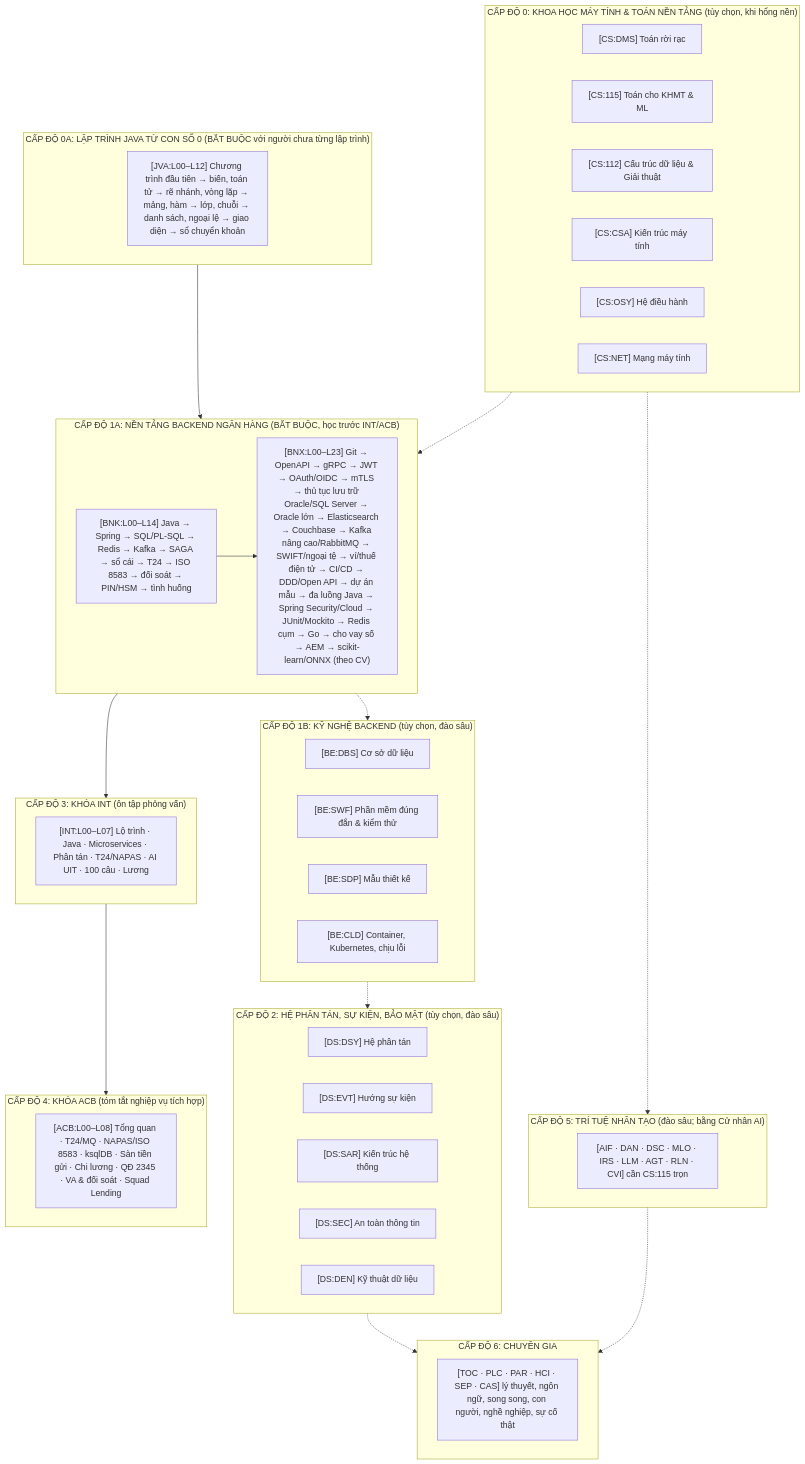
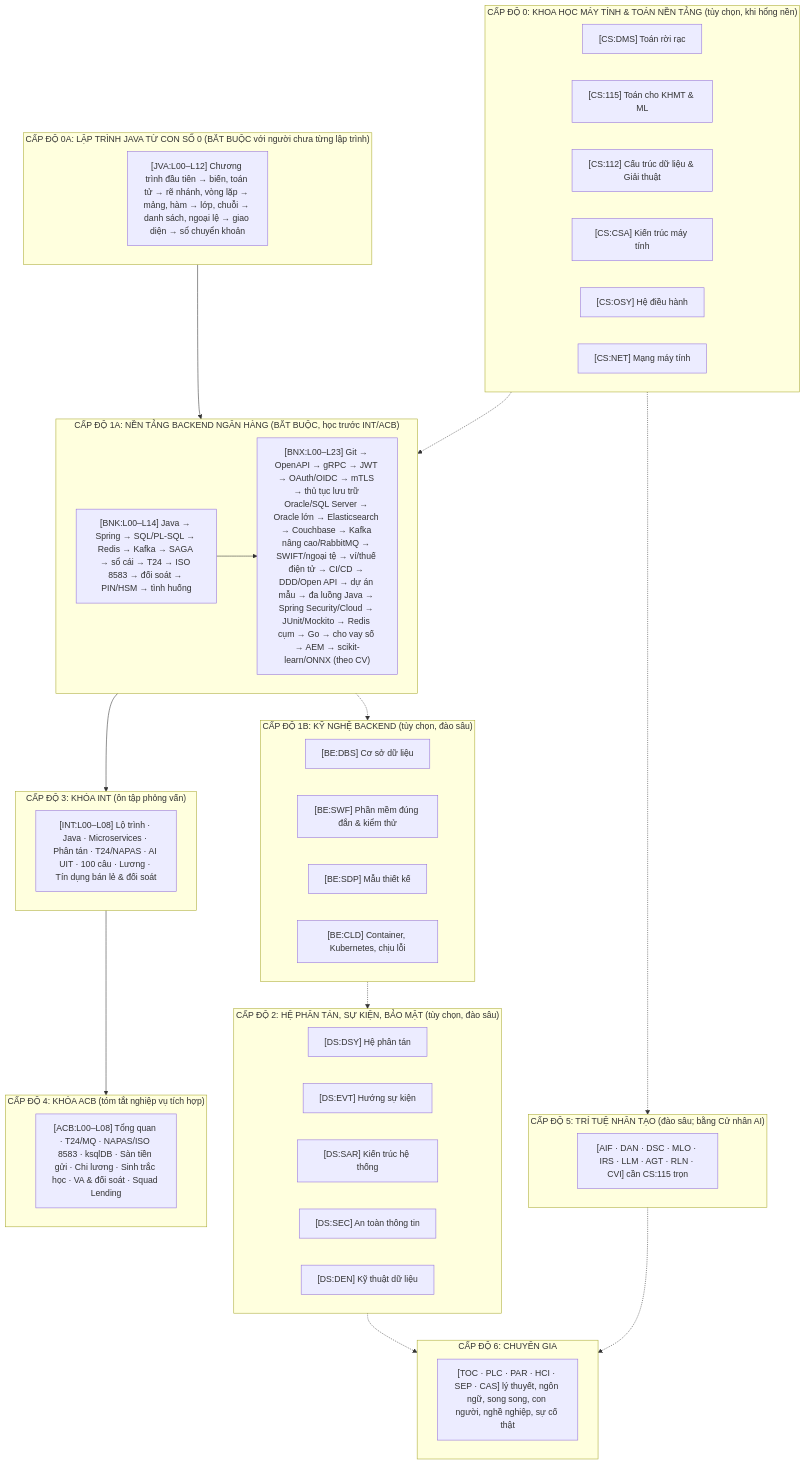
Before and after one commit to ducpm196/research-video: the diagram in interview/MASTER_CURRICULUM_INDEX.md, drawn with Mermaid. The commit also changed other lines of this file and 1651 other files, not shown here.

````diff
--- a/interview/MASTER_CURRICULUM_INDEX.md
+++ b/interview/MASTER_CURRICULUM_INDEX.md
@@ -14,51 +14,51 @@
 ```mermaid
 flowchart TD
     subgraph L0["CẤP ĐỘ 0: KHOA HỌC MÁY TÍNH & TOÁN NỀN TẢNG (tùy chọn, khi hổng nền)"]
         CS_DMS["[CS:DMS] Toán rời rạc"]
         CS_115["[CS:115] Toán cho KHMT & ML"]
         CS_112["[CS:112] Cấu trúc dữ liệu & Giải thuật"]
         CS_CSA["[CS:CSA] Kiến trúc máy tính"]
         CS_OSY["[CS:OSY] Hệ điều hành"]
         CS_NET["[CS:NET] Mạng máy tính"]
     end
     subgraph LJ["CẤP ĐỘ 0A: LẬP TRÌNH JAVA TỪ CON SỐ 0 (BẮT BUỘC với người chưa từng lập trình)"]
         JVA["[JVA:L00–L12] Chương trình đầu tiên → biến, toán tử → rẽ nhánh, vòng lặp → mảng, hàm → lớp, chuỗi → danh sách, ngoại lệ → giao diện → sổ chuyển khoản"]
     end
     subgraph LB["CẤP ĐỘ 1A: NỀN TẢNG BACKEND NGÂN HÀNG (BẮT BUỘC, học trước INT/ACB)"]
         BNK["[BNK:L00–L14] Java → Spring → SQL/PL-SQL → Redis → Kafka → SAGA → sổ cái → T24 → ISO 8583 → đối soát → PIN/HSM → tình huống"]
         BNX["[BNX:L00–L23] Git → OpenAPI → gRPC → JWT → OAuth/OIDC → mTLS → thủ tục lưu trữ Oracle/SQL Server → Oracle lớn → Elasticsearch → Couchbase → Kafka nâng cao/RabbitMQ → SWIFT/ngoại tệ → ví/thuế điện tử → CI/CD → DDD/Open API → dự án mẫu → đa luồng Java → Spring Security/Cloud → JUnit/Mockito → Redis cụm → Go → cho vay số → AEM → scikit-learn/ONNX (theo CV)"]
         BNK --> BNX
     end
     subgraph L5["CẤP ĐỘ 5: TRÍ TUỆ NHÂN TẠO (đào sâu; bằng Cử nhân AI)"]
         AI["[AIF · DAN · DSC · MLO · IRS · LLM · AGT · RLN · CVI] cần CS:115 trọn"]
     end
     subgraph L6["CẤP ĐỘ 6: CHUYÊN GIA"]
         EXP["[TOC · PLC · PAR · HCI · SEP · CAS] lý thuyết, ngôn ngữ, song song, con người, nghề nghiệp, sự cố thật"]
     end
     subgraph L1["CẤP ĐỘ 1B: KỸ NGHỆ BACKEND (tùy chọn, đào sâu)"]
         BE_DBS["[BE:DBS] Cơ sở dữ liệu"]
         BE_SWF["[BE:SWF] Phần mềm đúng đắn & kiểm thử"]
         BE_SDP["[BE:SDP] Mẫu thiết kế"]
         BE_CLD["[BE:CLD] Container, Kubernetes, chịu lỗi"]
     end
     subgraph L2["CẤP ĐỘ 2: HỆ PHÂN TÁN, SỰ KIỆN, BẢO MẬT (tùy chọn, đào sâu)"]
         DS_DSY["[DS:DSY] Hệ phân tán"]
         DS_EVT["[DS:EVT] Hướng sự kiện"]
         DS_SAR["[DS:SAR] Kiến trúc hệ thống"]
         DS_SEC["[DS:SEC] An toàn thông tin"]
         DS_DEN["[DS:DEN] Kỹ thuật dữ liệu"]
     end
     subgraph L3["CẤP ĐỘ 3: KHÓA INT (ôn tập phỏng vấn)"]
-        INT["[INT:L00–L07] Lộ trình · Java · Microservices · Phân tán · T24/NAPAS · AI UIT · 100 câu · Lương"]
+        INT["[INT:L00–L08] Lộ trình · Java · Microservices · Phân tán · T24/NAPAS · AI UIT · 100 câu · Lương · Tín dụng bán lẻ & đối soát"]
     end
     subgraph L4["CẤP ĐỘ 4: KHÓA ACB (tóm tắt nghiệp vụ tích hợp)"]
-        ACB["[ACB:L00–L08] Tổng quan · T24/MQ · NAPAS/ISO 8583 · ksqlDB · Sàn tiền gửi · Chi lương · QĐ 2345 · VA & đối soát · Squad Lending"]
+        ACB["[ACB:L00–L08] Tổng quan · T24/MQ · NAPAS/ISO 8583 · ksqlDB · Sàn tiền gửi · Chi lương · Sinh trắc học · VA & đối soát · Squad Lending"]
     end
     LJ --> LB
     L0 -.-> LB
     LB --> L3 --> L4
     LB -.-> L1 -.-> L2
     L0 -.-> L5
     L2 -.-> L6
     L5 -.-> L6
 ```
````
